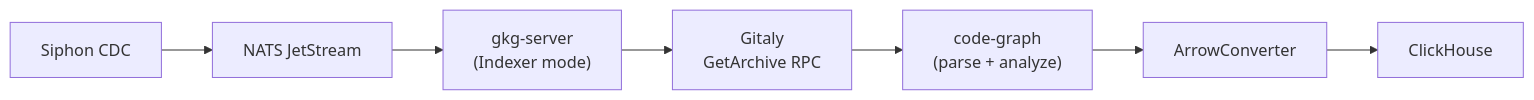
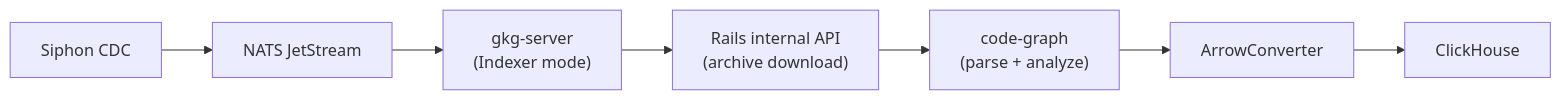
Before and after one commit to gitlabhq/orbit-knowledge-graph: the second of 3 diagrams in docs/design-documents/indexing/code_indexing.md, drawn with Mermaid. The commit also changed other lines of this file and 12 other files, not shown here.

````diff
--- a/docs/design-documents/indexing/code_indexing.md
+++ b/docs/design-documents/indexing/code_indexing.md
@@ -88,9 +88,9 @@
 ```mermaid
 graph LR
     Siphon["Siphon CDC"] --> NATS["NATS JetStream"]
     NATS --> GKG["gkg-server<br/>(Indexer mode)"]
-    GKG --> Gitaly["Gitaly<br/>GetArchive RPC"]
-    Gitaly --> CodeGraph["code-graph<br/>(parse + analyze)"]
+    GKG --> Rails["Rails internal API<br/>(archive download)"]
+    Rails --> CodeGraph["code-graph<br/>(parse + analyze)"]
     CodeGraph --> Arrow["ArrowConverter"]
     Arrow --> ClickHouse["ClickHouse"]
 ```
````
